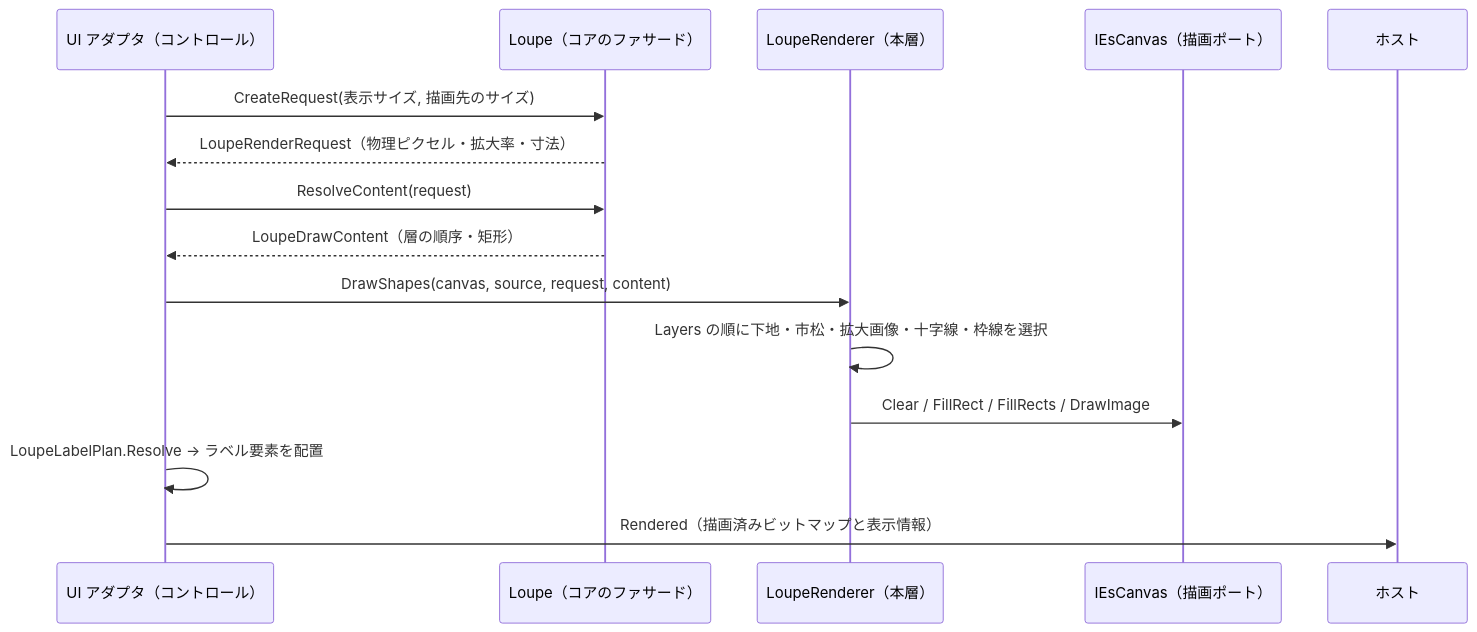
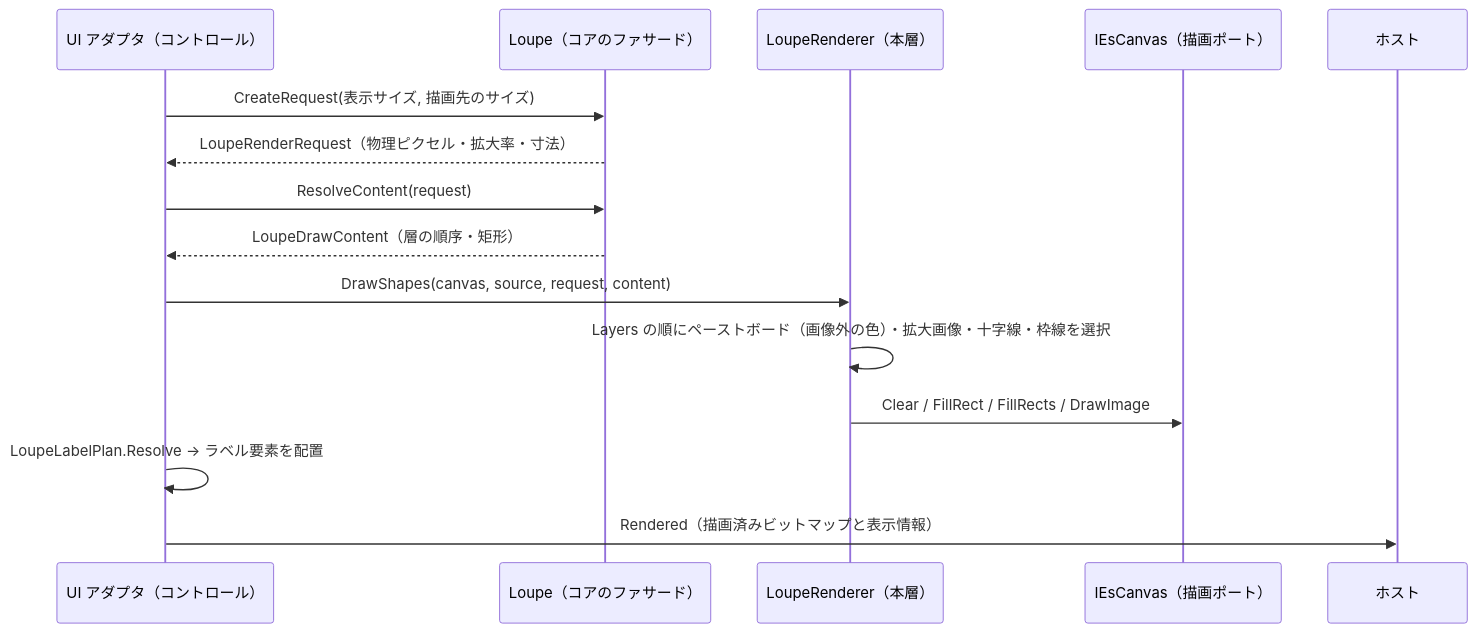
One commit to tomokuni/SaveEvidence changed the first of 3 diagrams in src/LoupeControl.UIBase/SPEC_System.md. Above: the diagram before and after it, drawn with Mermaid. The commit also changed other lines of this file and 80 other files, not shown here.

````diff
--- a/src/LoupeControl.UIBase/SPEC_System.md
+++ b/src/LoupeControl.UIBase/SPEC_System.md
@@ -54,18 +54,18 @@
 ```mermaid
 sequenceDiagram
     participant UI as UI アダプタ（コントロール）
     participant L as Loupe（コアのファサード）
     participant R as LoupeRenderer（本層）
     participant C as IEsCanvas（描画ポート）
     participant H as ホスト
 
     UI->>L: CreateRequest(表示サイズ, 描画先のサイズ)
     L-->>UI: LoupeRenderRequest（物理ピクセル・拡大率・寸法）
     UI->>L: ResolveContent(request)
     L-->>UI: LoupeDrawContent（層の順序・矩形）
     UI->>R: DrawShapes(canvas, source, request, content)
-    R->>R: Layers の順に下地・市松・拡大画像・十字線・枠線を選択
+    R->>R: Layers の順にペーストボード（画像外の色）・拡大画像・十字線・枠線を選択
     R->>C: Clear / FillRect / FillRects / DrawImage
     UI->>UI: LoupeLabelPlan.Resolve → ラベル要素を配置
     UI->>H: Rendered（描画済みビットマップと表示情報）
 ```
````
